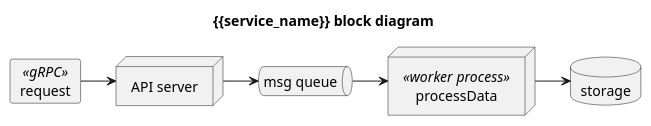
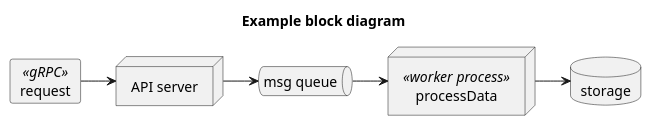
The diagram in _design/block-diagram.puml (twistingmercury/go-basic-tmpl), drawn with PlantUML before and after one commit. The commit also changed 22 other files, not shown here.

```diff
--- a/_design/block-diagram.puml
+++ b/_design/block-diagram.puml
@@ -2,16 +2,16 @@
-@startuml {{service_name}} block diagram
-title "{{service_name}} block diagram"
+@startuml example block diagram
+title "Example block diagram"
 skinparam linetype ortho
 
 card request <<gRPC>> as request
 node "API server"  as server
 queue "msg queue" as queue
 node "processData" <<worker process>> as worker
 database "storage" as database
 
 request -> server
 server -> queue
 queue -> worker
 worker -> database
 
 @enduml
```
